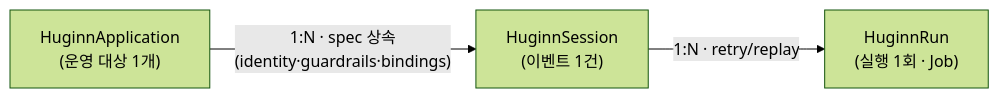
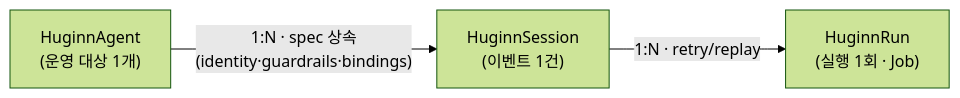
One commit to KimSoungRyoul/muninn changed the second of 5 diagrams in docs/design/muninn-devops-agent-platform.md. Above: the diagram before and after it, drawn with Mermaid (forest theme). The commit also changed other lines of this file and 5 other files, not shown here.

First line of the commit message:
docs(design): Operator 설계 검토 문서 + HuginnApplication→HuginnAgent 네이밍 정정

````diff
--- a/docs/design/muninn-devops-agent-platform.md
+++ b/docs/design/muninn-devops-agent-platform.md
@@ -142,8 +142,8 @@
 ```mermaid
 flowchart LR
-    APP["HuginnApplication<br/>(운영 대상 1개)"]
+    APP["HuginnAgent<br/>(운영 대상 1개)"]
     SESS["HuginnSession<br/>(이벤트 1건)"]
     RUN["HuginnRun<br/>(실행 1회 · Job)"]
     APP -- "1:N · spec 상속(identity·guardrails·bindings)" --> SESS
     SESS -- "1:N · retry/replay" --> RUN
 ```
````
